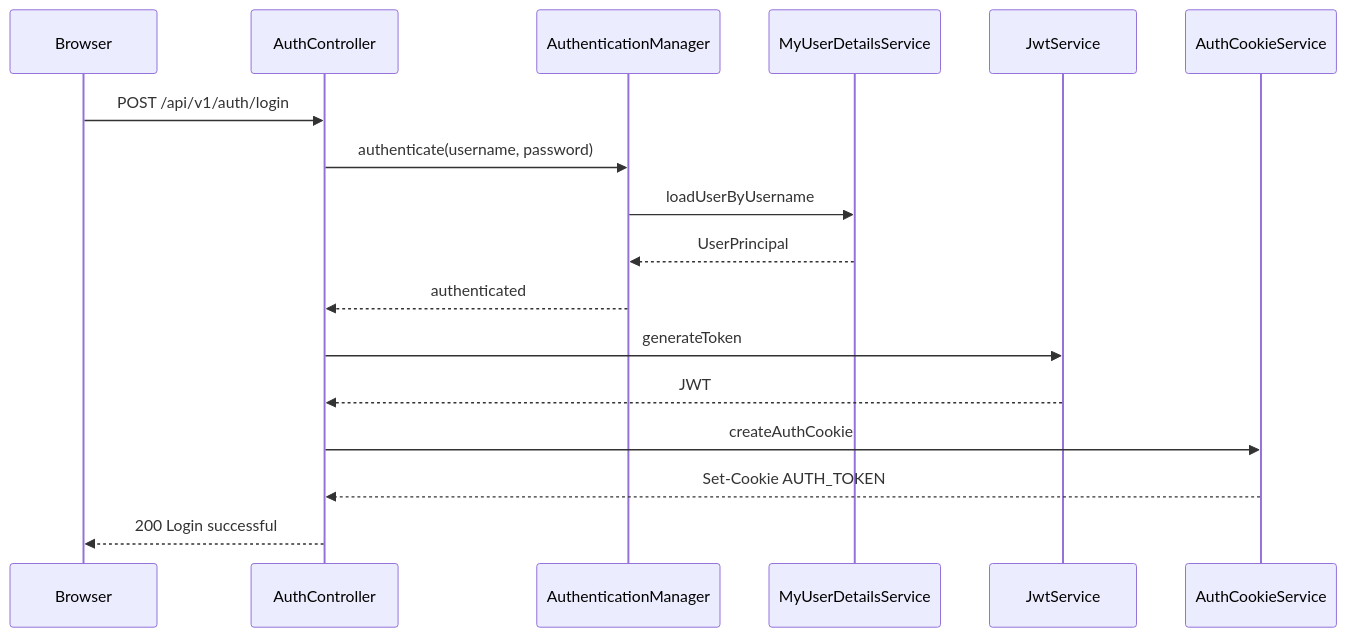
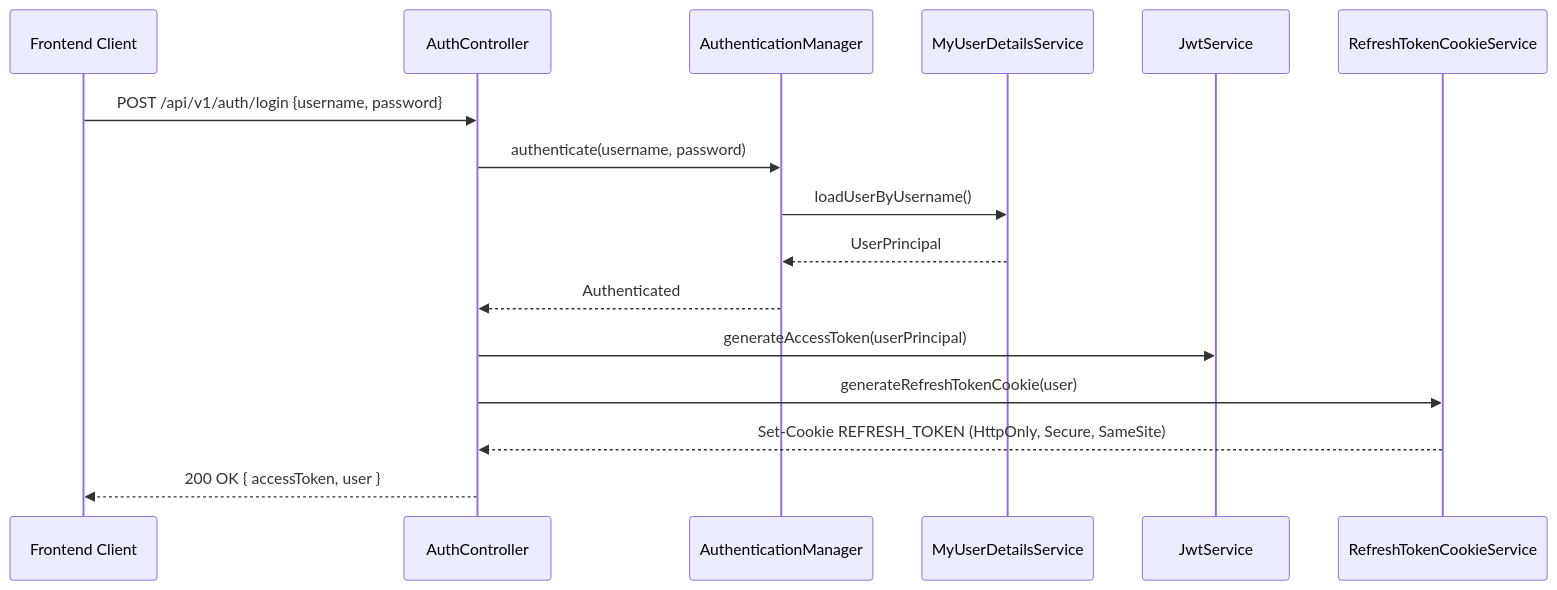
Before and after one commit to phananhkhang/Ladux: the second of 3 diagrams in docs/02-kien-truc-backend.md, drawn with Mermaid. The commit also changed other lines of this file, not shown here.

````diff
--- a/docs/02-kien-truc-backend.md
+++ b/docs/02-kien-truc-backend.md
@@ -218,20 +155,19 @@
 ```mermaid
 sequenceDiagram
-    participant B as Browser
-    participant A as AuthController
-    participant AM as AuthenticationManager
-    participant U as MyUserDetailsService
-    participant J as JwtService
-    participant C as AuthCookieService
+    participant Client as Frontend Client
+    participant Auth as AuthController
+    participant Manager as AuthenticationManager
+    participant UserDetails as MyUserDetailsService
+    participant JWT as JwtService
+    participant Cookie as RefreshTokenCookieService
 
-    B->>A: POST /api/v1/auth/login
-    A->>AM: authenticate(username, password)
-    AM->>U: loadUserByUsername
-    U-->>AM: UserPrincipal
-    AM-->>A: authenticated
-    A->>J: generateToken
-    J-->>A: JWT
-    A->>C: createAuthCookie
-    C-->>A: Set-Cookie AUTH_TOKEN
-    A-->>B: 200 Login successful
+    Client->>Auth: POST /api/v1/auth/login {username, password}
+    Auth->>Manager: authenticate(username, password)
+    Manager->>UserDetails: loadUserByUsername()
+    UserDetails-->>Manager: UserPrincipal
+    Manager-->>Auth: Authenticated
+    Auth->>JWT: generateAccessToken(userPrincipal)
+    Auth->>Cookie: generateRefreshTokenCookie(user)
+    Cookie-->>Auth: Set-Cookie REFRESH_TOKEN (HttpOnly, Secure, SameSite)
+    Auth-->>Client: 200 OK { accessToken, user }
 ```
````
